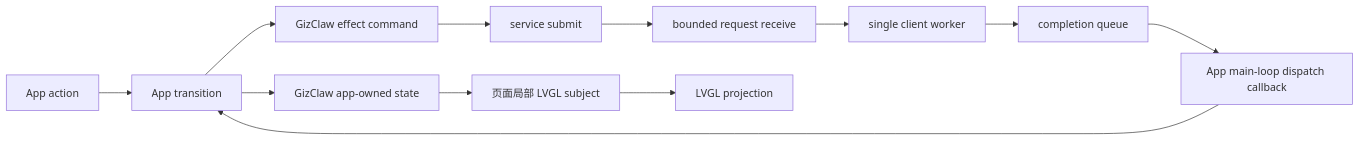
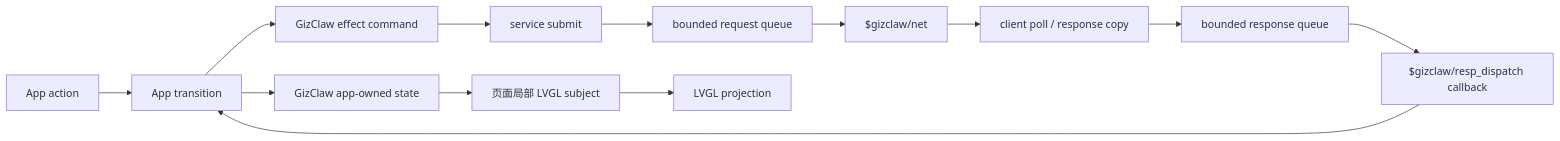
One commit to GizClaw/gizos changed the diagram in guides/apps/gizclaw/state.md. Above: the diagram before and after it, drawn with Mermaid. The commit also changed other lines of this file and 40 other files, not shown here.

First line of the commit message:
gizclaw: split network polling from response dispatch

````diff
--- a/guides/apps/gizclaw/state.md
+++ b/guides/apps/gizclaw/state.md
@@ -7,14 +7,15 @@
 ```mermaid
 flowchart LR
     Action["App action"] --> Transition["App transition"]
     Transition --> Command["GizClaw effect command"]
     Command --> Submit["service submit"]
-    Submit --> Receive["bounded request receive"]
-    Receive --> Worker["single client worker"]
-    Worker --> Completion["completion queue"]
-    Completion --> MainLoop["App main-loop dispatch callback"]
-    MainLoop --> Transition
+    Submit --> Receive["bounded request queue"]
+    Receive --> Net["$gizclaw/net"]
+    Net --> Poll["client poll / response copy"]
+    Poll --> Completion["bounded response queue"]
+    Completion --> Dispatch["$gizclaw/resp_dispatch callback"]
+    Dispatch --> Transition
     Transition --> State["GizClaw app-owned state"]
     State --> Subject["页面局部 LVGL subject"]
     Subject --> UI["LVGL projection"]
 ```
````
